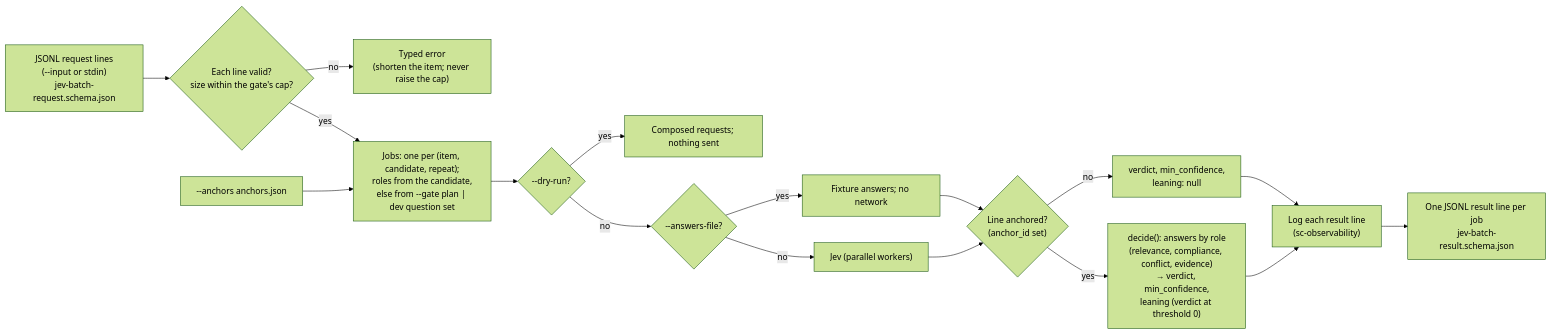
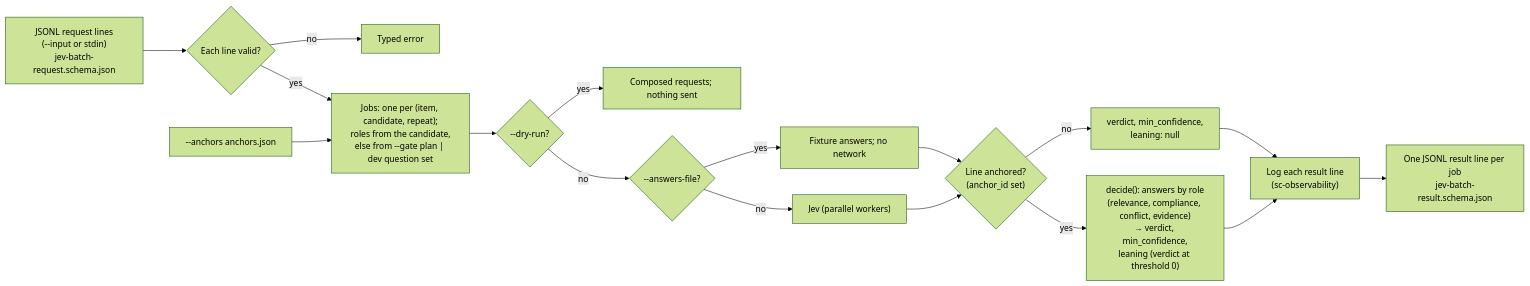
The diagram in docs/diagrams/batch.md (randlee/judge-jev), drawn with Mermaid (forest theme) before and after one commit. The commit also changed 17 other files, not shown here.

````diff
--- a/docs/diagrams/batch.md
+++ b/docs/diagrams/batch.md
@@ -6,18 +6,18 @@
 ```mermaid
 flowchart LR
-    IN["JSONL request lines<br/>(--input or stdin)<br/>jev-batch-request.schema.json"] --> V{"Each line valid?<br/>size within the gate's cap?"}
-    V -- no --> E["Typed error<br/>(shorten the item; never raise the cap)"]
+    IN["JSONL request lines<br/>(--input or stdin)<br/>jev-batch-request.schema.json"] --> V{"Each line valid?"}
+    V -- no --> E["Typed error"]
     V -- yes --> JOBS["Jobs: one per (item, candidate, repeat);<br/>roles from the candidate,<br/>else from --gate plan | dev question set"]
     ANC["--anchors anchors.json"] --> JOBS
     JOBS --> DR{"--dry-run?"}
     DR -- yes --> AU["Composed requests; nothing sent"]
     DR -- no --> FX{"--answers-file?"}
     FX -- yes --> FA["Fixture answers; no network"]
     FX -- no --> J["Jev (parallel workers)"]
     FA --> AN
     J --> AN{"Line anchored?<br/>(anchor_id set)"}
     AN -- no --> NUL["verdict, min_confidence,<br/>leaning: null"] --> L
     AN -- yes --> DEC["decide(): answers by role<br/>(relevance, compliance, conflict, evidence)<br/>→ verdict, min_confidence,<br/>leaning (verdict at threshold 0)"]
     DEC --> L["Log each result line<br/>(sc-observability)"]
     L --> OUT["One JSONL result line per job<br/>jev-batch-result.schema.json"]
 ```
````
